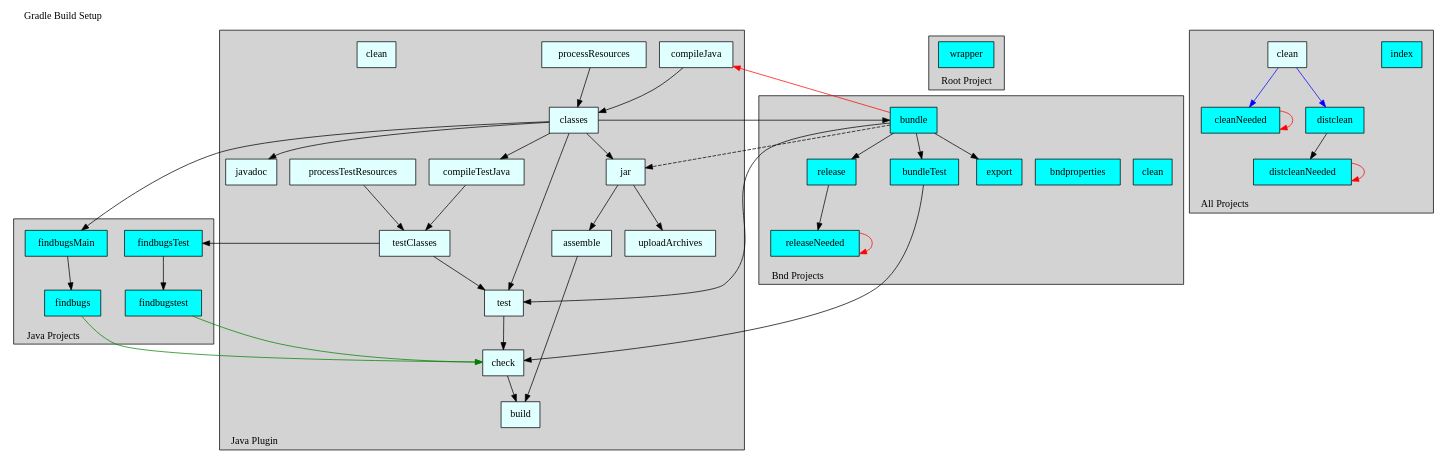
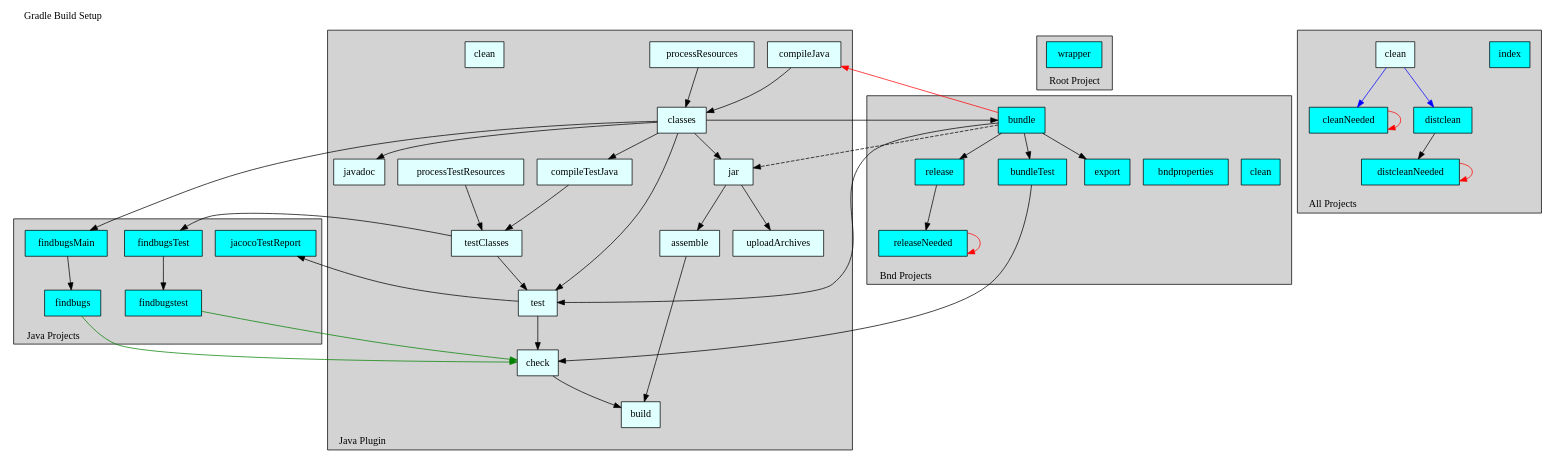
Before and after one commit to peterkir/musicTreePrograms: the diagram in cnf/gradle/doc/template.dot, drawn with Graphviz. The commit also changed 4 other files, not shown here.

```diff
--- a/cnf/gradle/doc/template.dot
+++ b/cnf/gradle/doc/template.dot
@@ -1,190 +1,193 @@
 /*
  * WARNING
  *
  * This file is maintained automatically by Bndtools.
  * You should not edit it.
  *
  * See the BUILDING-GRADLE.md document in the root project for more details.
  *
  * To create an SVG diagram from this file, install graphviz and run:
  *   dot -Tsvg "$1.dot" -o "$1.svg"   (on a Linux   machine)
  *   dot -Tsvg "%1.dot" -o "%1.svg"   (on a Windows machine)
  */
 
 
 digraph GradleSetup {
   label="Gradle Build Setup"
   labelloc=t
   labeljust=l
 
   subgraph cluster1 {
     label="Java Plugin";
     labelloc=b
     labeljust=l
     style=filled;
     fillcolor=lightgrey;
     color=black;
 
     subgraph cluster11 {
       label="";
       style=invis;
       compileJava          [shape=box, style=filled, fillcolor=lightcyan, label="compileJava"         ]
       processResources     [shape=box, style=filled, fillcolor=lightcyan, label="processResources"    ]
       classes              [shape=box, style=filled, fillcolor=lightcyan, label="classes"             ]
       jar                  [shape=box, style=filled, fillcolor=lightcyan, label="jar"                 ]
     }
 
     subgraph cluster12 {
       label="";
       style=invis;
       compileTestJava      [shape=box, style=filled, fillcolor=lightcyan, label="compileTestJava"     ]
       processTestResources [shape=box, style=filled, fillcolor=lightcyan, label="processTestResources"]
       testClasses          [shape=box, style=filled, fillcolor=lightcyan, label="testClasses"         ]
       test                 [shape=box, style=filled, fillcolor=lightcyan, label="test"                ]
       check                [shape=box, style=filled, fillcolor=lightcyan, label="check"               ]
     }
 
     subgraph cluster13 {
       label="";
       style=invis;
       uploadArchives       [shape=box, style=filled, fillcolor=lightcyan, label="uploadArchives"      ]
       assemble             [shape=box, style=filled, fillcolor=lightcyan, label="assemble"            ]
     }
 
     build                  [shape=box, style=filled, fillcolor=lightcyan, label="build"               ]
     javadoc                [shape=box, style=filled, fillcolor=lightcyan, label="javadoc"             ]
     cleanJava              [shape=box, style=filled, fillcolor=lightcyan, label="clean"               ]
 
     compileJava            -> classes
     processResources       -> classes
     classes                -> javadoc
     classes                -> test
     classes                -> compileTestJava
     classes                -> jar
     compileTestJava        -> testClasses
     processTestResources   -> testClasses
     jar                    -> uploadArchives
     jar                    -> assemble
     testClasses            -> test
     assemble               -> build
     test                   -> check
     check                  -> build
   }
 
 
   subgraph cluster2 {
     label="Bnd Projects";
     labelloc=b
     labeljust=l
     style=filled;
     fillcolor=lightgrey;
     color=black;
 
     subgraph cluster21 {
       label="";
       style=invis;
       bundle               [shape=box, style=filled, fillcolor=cyan     , label="bundle"              ]
       bundleTest           [shape=box, style=filled, fillcolor=cyan     , label="bundleTest"          ]
     }
 
     subgraph cluster22 {
       label="";
       style=invis;
       release              [shape=box, style=filled, fillcolor=cyan     , label="release"             ]
       releaseNeeded        [shape=box, style=filled, fillcolor=cyan     , label="releaseNeeded"       ]
     }
 
     subgraph cluster23 {
       label="";
       style=invis;
       cleanBnd             [shape=box, style=filled, fillcolor=cyan     , label="clean"               ]
       bndproperties        [shape=box, style=filled, fillcolor=cyan     , label="bndproperties"       ]
       export               [shape=box, style=filled, fillcolor=cyan     , label="export"              ]
     }
 
     classes                -> bundle
     bundle                 -> compileJava        [color=red   ]
     bundle                 -> jar                [style=dashed]
     bundle                 -> bundleTest
     bundle                 -> test
     bundle                 -> release
     bundle                 -> export
     bundleTest             -> check
     release                -> releaseNeeded
     releaseNeeded          -> releaseNeeded      [color=red   ]
   }
 
 
   subgraph cluster3 {
     label="Root Project";
     labelloc=b
     labeljust=l
     style=filled;
     fillcolor=lightgrey;
     color=black;
 
     wrapper                [shape=box, style=filled, fillcolor=cyan     , label="wrapper"             ]
   }
 
 
   subgraph cluster4 {
     label="Java Projects";
     labelloc=b
     labeljust=l
     style=filled;
     fillcolor=lightgrey;
     color=black;
 
     subgraph cluster41 {
       label="";
       style=invis;
       findbugstest         [shape=box, style=filled, fillcolor=cyan     , label="findbugstest"        ]
       findbugsTest         [shape=box, style=filled, fillcolor=cyan     , label="findbugsTest"        ]
     }
 
     subgraph cluster42 {
       label="";
       style=invis;
       findbugs             [shape=box, style=filled, fillcolor=cyan     , label="findbugs"            ]
       findbugsMain         [shape=box, style=filled, fillcolor=cyan     , label="findbugsMain"        ]
     }
 
+    jacocoTestReport       [shape=box, style=filled, fillcolor=cyan     , label="jacocoTestReport"    ]
+
     classes                -> findbugsMain
     testClasses            -> findbugsTest
     findbugsMain           -> findbugs
     findbugsTest           -> findbugstest
     findbugs               -> check              [color=green ]
     findbugstest           -> check              [color=green ]
+    test                   -> jacocoTestReport
   }
 
 
   subgraph cluster5 {
     label="All Projects";
     labelloc=b
     labeljust=l
     style=filled;
     fillcolor=lightgrey;
     color=black;
 
     subgraph cluster21 {
       label="";
       style=invis;
       index                [shape=box, style=filled, fillcolor=cyan     , label="index"               ]
     }
 
     subgraph cluster22 {
       label="";
       style=invis;
       clean                [shape=box, style=filled, fillcolor=lightcyan, label="clean"               ]
       cleanNeeded          [shape=box, style=filled, fillcolor=cyan     , label="cleanNeeded"         ]
       distclean            [shape=box, style=filled, fillcolor=cyan     , label="distclean"           ]
       distcleanNeeded      [shape=box, style=filled, fillcolor=cyan     , label="distcleanNeeded"     ]
     }
 
     clean                  -> cleanNeeded        [color=blue  ]
     cleanNeeded            -> cleanNeeded        [color=red   ]
     clean                  -> distclean          [color=blue  ]
     distclean              -> distcleanNeeded
     distcleanNeeded        -> distcleanNeeded    [color=red   ]
   }
 }
```
